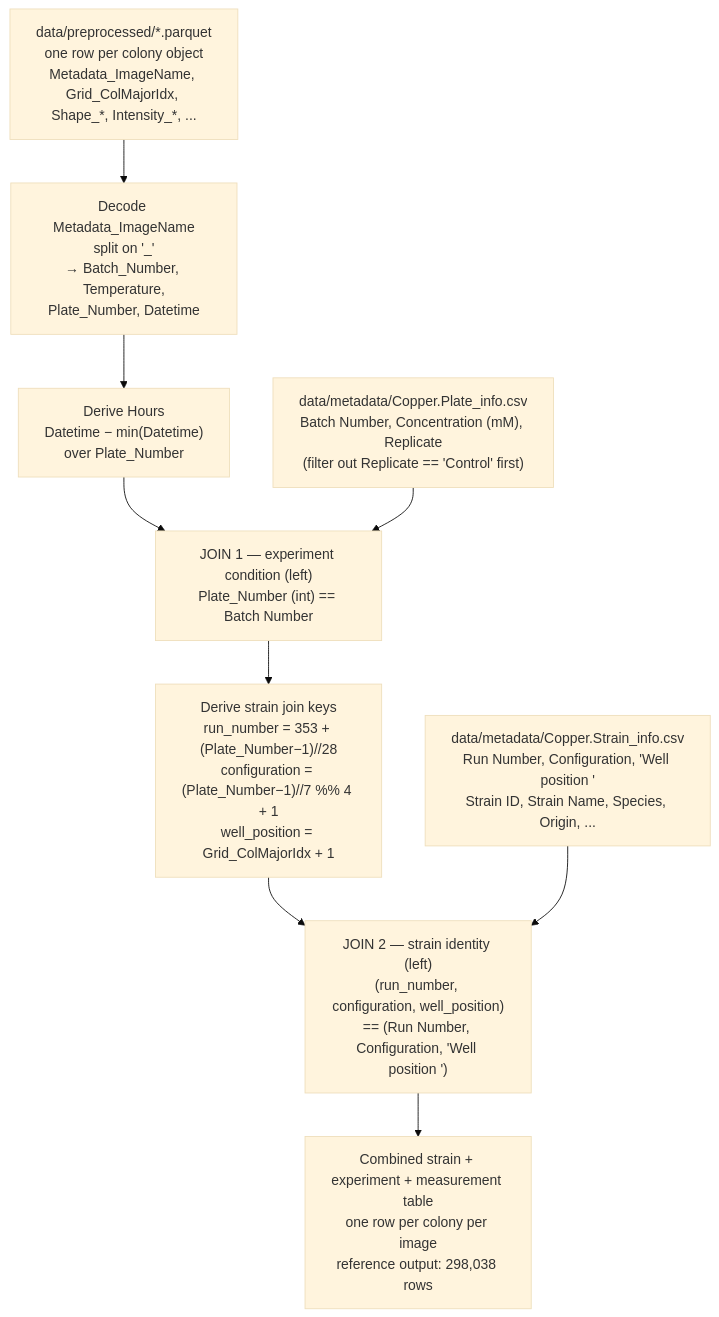
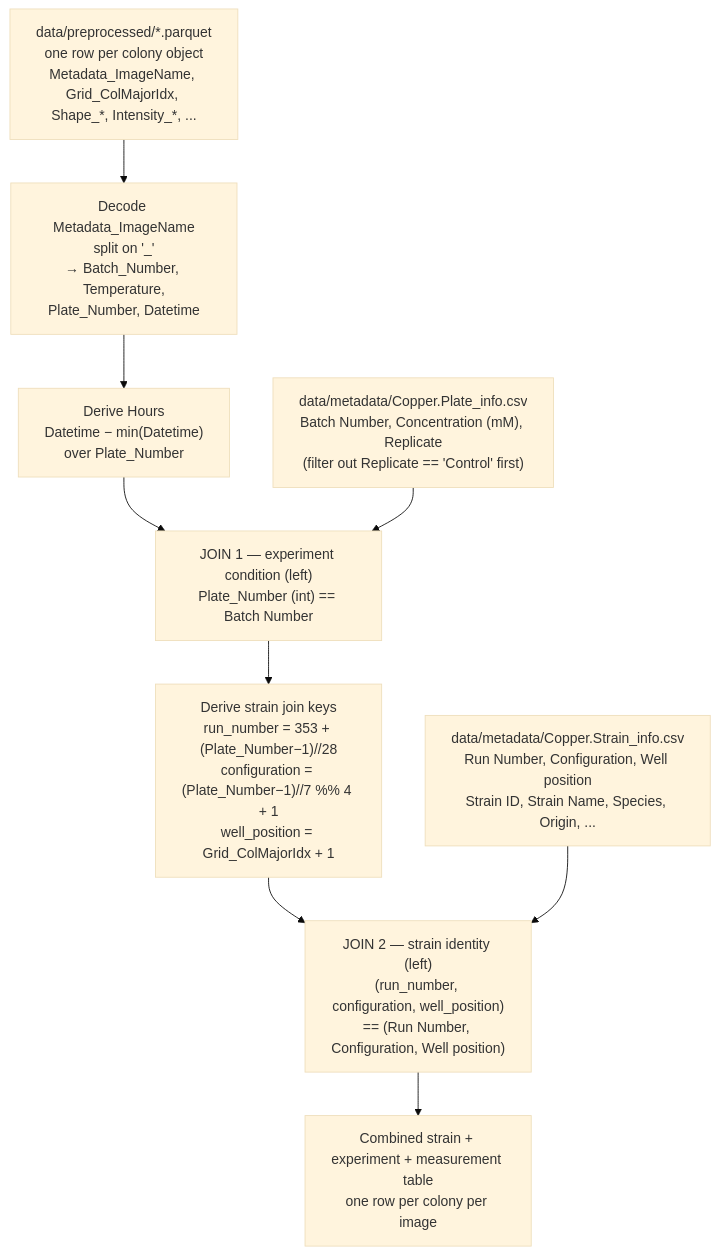
One commit to hyphaltip/Rhodotorula_phenotypes changed the diagram in README.md. Above: the diagram before and after it, drawn with Mermaid (base theme). The commit also changed other lines of this file and 2 other files, not shown here.

````diff
--- a/README.md
+++ b/README.md
@@ -126,26 +128,26 @@
 ```mermaid
 flowchart TD
     P["data/preprocessed/*.parquet<br/>one row per colony object<br/>Metadata_ImageName, Grid_ColMajorIdx, Shape_*, Intensity_*, ..."]
 
     D["Decode Metadata_ImageName<br/>split on '_'<br/>→ Batch_Number, Temperature,<br/>Plate_Number, Datetime"]
 
     H["Derive Hours<br/>Datetime − min(Datetime)<br/>over Plate_Number"]
 
     PI["data/metadata/Copper.Plate_info.csv<br/>Batch Number, Concentration (mM), Replicate<br/>(filter out Replicate == 'Control' first)"]
 
     J1["JOIN 1 — experiment condition (left)<br/>Plate_Number (int) == Batch Number"]
 
     DER["Derive strain join keys<br/>run_number = 353 + (Plate_Number−1)//28<br/>configuration = (Plate_Number−1)//7 %% 4 + 1<br/>well_position = Grid_ColMajorIdx + 1"]
 
-    SI["data/metadata/Copper.Strain_info.csv<br/>Run Number, Configuration, 'Well position '<br/>Strain ID, Strain Name, Species, Origin, ..."]
+    SI["data/metadata/Copper.Strain_info.csv<br/>Run Number, Configuration, Well position<br/>Strain ID, Strain Name, Species, Origin, ..."]
 
-    J2["JOIN 2 — strain identity (left)<br/>(run_number, configuration, well_position)<br/>== (Run Number, Configuration, 'Well position ')"]
+    J2["JOIN 2 — strain identity (left)<br/>(run_number, configuration, well_position)<br/>== (Run Number, Configuration, Well position)"]
 
-    OUT["Combined strain + experiment + measurement table<br/>one row per colony per image<br/>reference output: 298,038 rows"]
+    OUT["Combined strain + experiment + measurement table<br/>one row per colony per image"]
 
     P --> D --> H --> J1
     PI --> J1
     J1 --> DER --> J2
     SI --> J2
     J2 --> OUT
 ```
````
